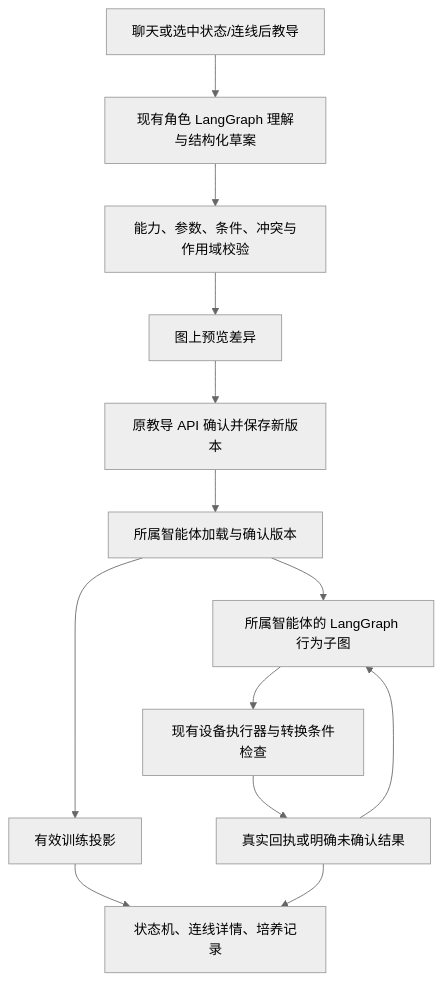
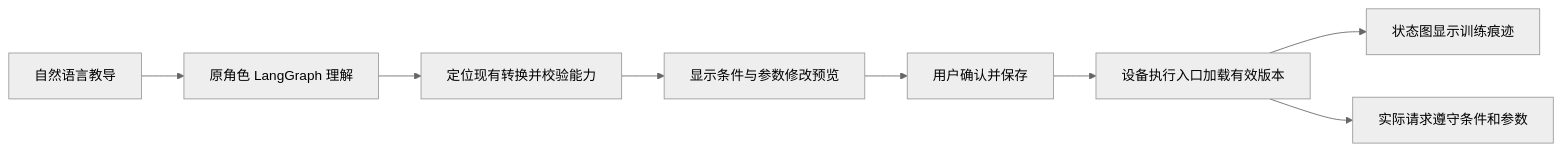
Before and after one commit to Arthur1ha/ssm: the diagram in docs/superpowers/specs/2026-11-07-trainable-device-state-machines-design.md, drawn with Mermaid (neutral theme). The commit also changed other lines of this file and 78 other files, not shown here.

````diff
--- a/docs/superpowers/specs/2026-11-07-trainable-device-state-machines-design.md
+++ b/docs/superpowers/specs/2026-11-07-trainable-device-state-machines-design.md
@@ -69,15 +91,10 @@
 ```mermaid
-flowchart TD
-    U[聊天或选中状态/连线后教导] --> L[现有角色 LangGraph 理解与结构化草案]
-    L --> V[能力、参数、条件、冲突与作用域校验]
-    V --> P[图上预览差异]
-    P --> C[原教导 API 确认并保存新版本]
-    C --> A[所属智能体加载与确认版本]
-    A --> F[有效训练投影]
-    F --> UI[状态机、连线详情、培养记录]
-    A --> G[所属智能体的 LangGraph 行为子图]
-    G --> E[现有设备执行器与转换条件检查]
-    E --> R[真实回执或明确未确认结果]
-    R --> G
-    R --> UI
+flowchart LR
+    U[自然语言教导] --> L[原角色 LangGraph 理解]
+    L --> V[定位现有转换并校验能力]
+    V --> P[显示条件与参数修改预览]
+    P --> C[用户确认并保存]
+    C --> E[设备执行入口加载有效版本]
+    E --> G[状态图显示训练痕迹]
+    E --> R[实际请求遵守条件和参数]
 ```
````
